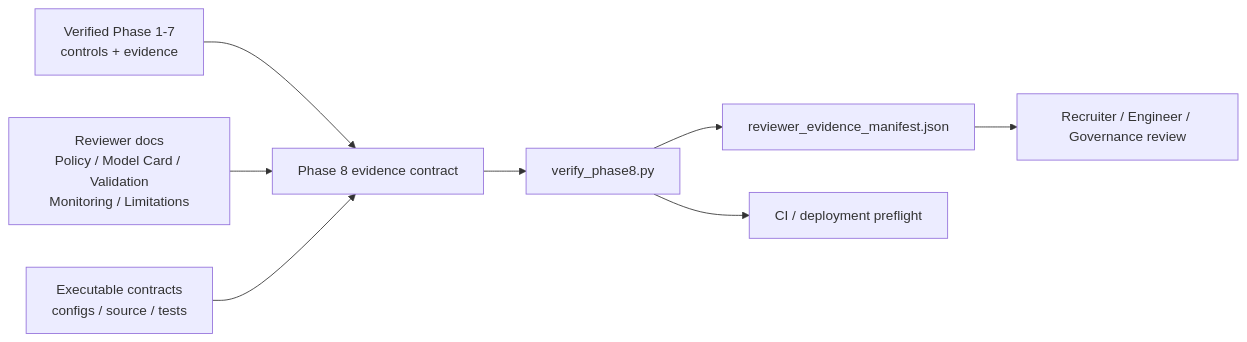
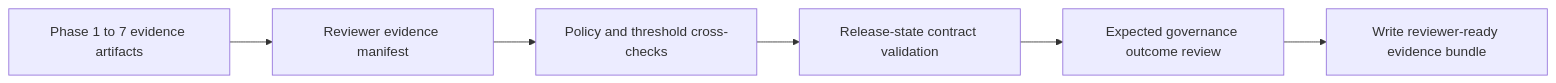
Before and after one commit to Parmodk2310/CreditScorev4-ML-Governance: the diagram in docs/assets/diagrams/phase8-governance-evidence.mmd, drawn with Mermaid. The commit also changed 50 other files, not shown here.

Commit message:
docs: integrate complete Phase 1-13 architecture

```diff
--- a/docs/assets/diagrams/phase8-governance-evidence.mmd
+++ b/docs/assets/diagrams/phase8-governance-evidence.mmd
@@ -1,8 +1,6 @@
 flowchart LR
-  A["Verified Phase 1-7<br/>controls + evidence"] --> D["Phase 8 evidence contract"]
-  B["Reviewer docs<br/>Policy / Model Card / Validation<br/>Monitoring / Limitations"] --> D
-  C["Executable contracts<br/>configs / source / tests"] --> D
-  D --> E["verify_phase8.py"]
-  E --> F["reviewer_evidence_manifest.json"]
-  F --> G["Recruiter / Engineer / Governance review"]
-  E --> H["CI / deployment preflight"]
+    A["Phase 1 to 7 evidence artifacts"] --> B["Reviewer evidence manifest"]
+    B --> C["Policy and threshold cross-checks"]
+    C --> D["Release-state contract validation"]
+    D --> E["Expected governance outcome review"]
+    E --> F["Write reviewer-ready evidence bundle"]
```
